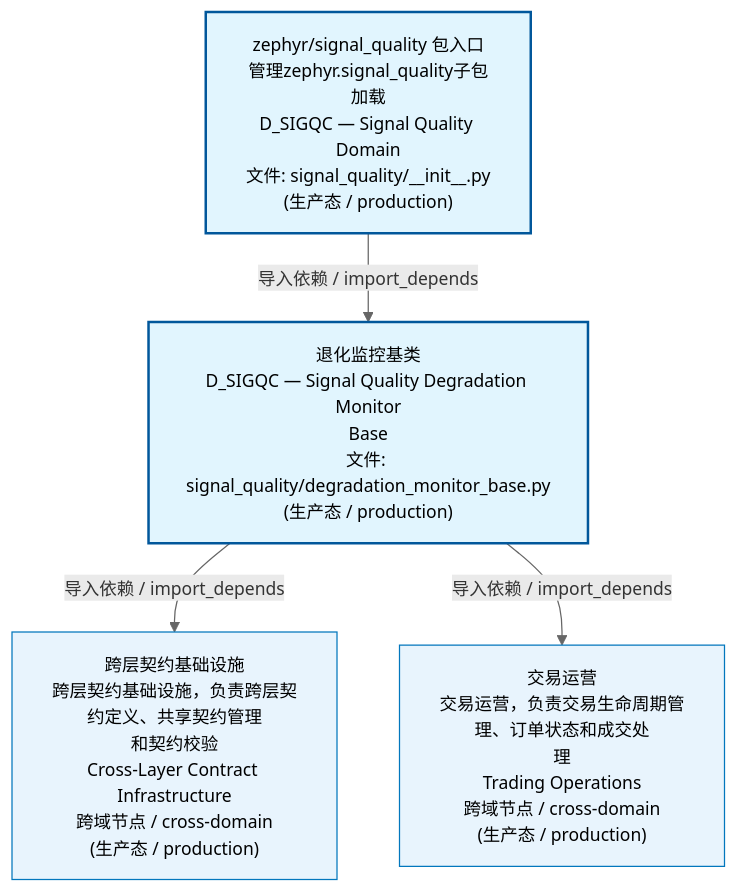
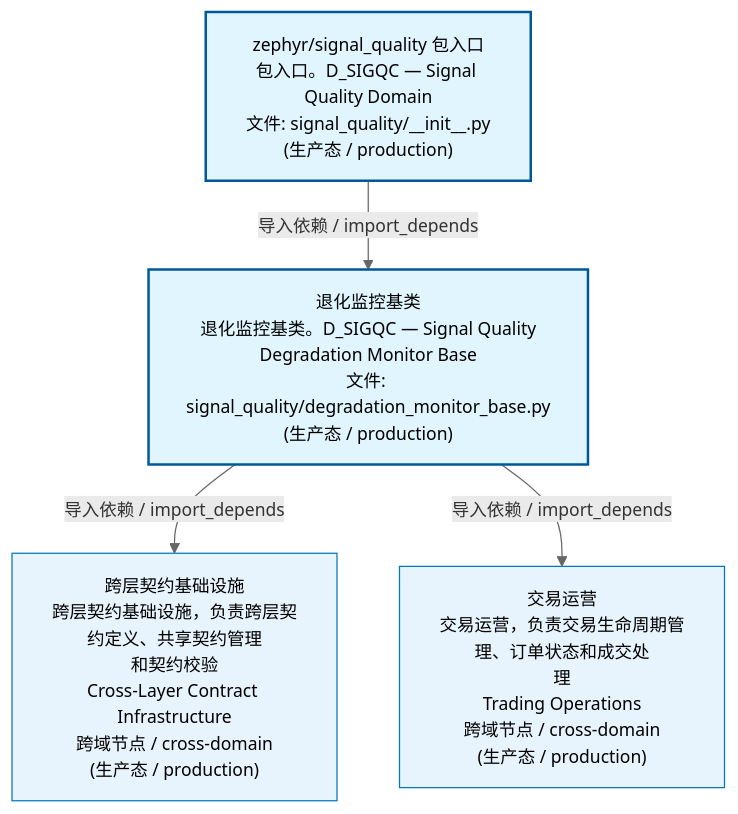
Before and after one commit to xuanFelixVan/ZephyrAlpha: the first of 3 diagrams in docs/02_enterprise_architecture/02_domain_architecture_docs/69_d_sigqc.md, drawn with Mermaid. The commit also changed other lines of this file and 56 other files, not shown here.

````diff
--- a/docs/02_enterprise_architecture/02_domain_architecture_docs/69_d_sigqc.md
+++ b/docs/02_enterprise_architecture/02_domain_architecture_docs/69_d_sigqc.md
@@ -53,17 +53,17 @@
 ```mermaid
 %%{init: {'theme': 'base', 'themeVariables': {'primaryColor': '#eaeaea', 'primaryTextColor': '#333333', 'primaryBorderColor': '#666666', 'lineColor': '#666666', 'secondaryColor': '#eaeaea', 'tertiaryColor': '#eaeaea', 'fontSize': '14px'}}}%%
 flowchart TD
-    src_zephyr_signal_quality_init_py["zephyr/signal_quality 包入口<br/>管理zephyr.signal_quality子包加载<br/>D_SIGQC — Signal Quality Domain<br/>文件: signal_quality/__init__.py<br/>(生产态 / production)"]
-    src_zephyr_signal_quality_degradation_monitor_base_py["退化监控基类<br/>D_SIGQC — Signal Quality Degradation Monitor<br/>Base<br/>文件: signal_quality/degradation_monitor_base.py<br/>(生产态 / production)"]
+    src_zephyr_signal_quality_init_py["zephyr/signal_quality 包入口<br/>包入口。D_SIGQC — Signal Quality Domain<br/>文件: signal_quality/__init__.py<br/>(生产态 / production)"]
+    src_zephyr_signal_quality_degradation_monitor_base_py["退化监控基类<br/>退化监控基类。D_SIGQC — Signal Quality<br/>Degradation Monitor Base<br/>文件: signal_quality/degradation_monitor_base.py<br/>(生产态 / production)"]
     src_zephyr_signal_quality_init_py -->|导入依赖 / import_depends| src_zephyr_signal_quality_degradation_monitor_base_py
     D_INFRASTRUCTURE["跨层契约基础设施<br/>跨层契约基础设施，负责跨层契约定义、共享契约管理<br/>和契约校验<br/>Cross-Layer Contract Infrastructure<br/>跨域节点 / cross-domain<br/>(生产态 / production)"]
     src_zephyr_signal_quality_degradation_monitor_base_py -->|导入依赖 / import_depends| D_INFRASTRUCTURE
     D_TRADING["交易运营<br/>交易运营，负责交易生命周期管理、订单状态和成交处<br/>理<br/>Trading Operations<br/>跨域节点 / cross-domain<br/>(生产态 / production)"]
     src_zephyr_signal_quality_degradation_monitor_base_py -->|导入依赖 / import_depends| D_TRADING
     classDef production fill:#e1f5fe,stroke:#01579b,stroke-width:2px,color:#000
     classDef design fill:#fff3e0,stroke:#e65100,stroke-width:2px,color:#000,stroke-dasharray: 5 5
     classDef external_prod fill:#e8f4fd,stroke:#0277bd,stroke-width:1px,color:#000
     classDef external_design fill:#fff8e7,stroke:#ef6c00,stroke-width:1px,color:#000,stroke-dasharray: 5 5
     class src_zephyr_signal_quality_init_py,src_zephyr_signal_quality_degradation_monitor_base_py production
     class D_INFRASTRUCTURE,D_TRADING external_prod
 ```
````
